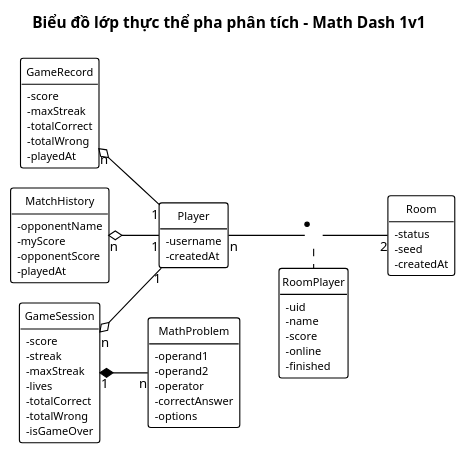
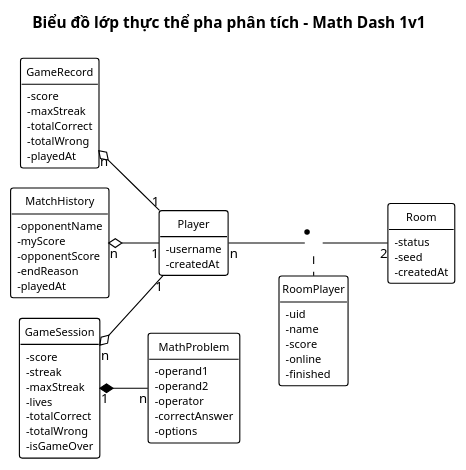
One commit to HungNguyenBa1811/math-dash changed the diagram in docs/chung/lop-thuc-the-phan-tich.puml. Above: the diagram before and after it, drawn with PlantUML. The commit also changed 2 other files, not shown here.

Commit message:
docs(M1-02): thêm thuộc tính endReason cho MatchHistory
Refs #23

```diff
--- a/docs/chung/lop-thuc-the-phan-tich.puml
+++ b/docs/chung/lop-thuc-the-phan-tich.puml
@@ -1,78 +1,79 @@
 @startuml lop-thuc-the-phan-tich
 !pragma layout smetana
 ' === VP Base Theme v2 ===
 skinparam defaultFontName "Segoe UI"
 skinparam defaultFontSize 12
 skinparam shadowing false
 skinparam arrowColor #000000
 skinparam lineColor #000000
 hide circle
 hide empty members
 skinparam classAttributeIconSize 0
 skinparam class {
   BackgroundColor #FFFFFF
   BorderColor #000000
   FontColor #000000
   FontSize 11
   AttributeFontSize 10
   BorderThickness 1
 }
 left to right direction
 title Biểu đồ lớp thực thể pha phân tích – Math Dash 1v1
 
 class Player {
   - username
   - createdAt
 }
 class MathProblem {
   - operand1
   - operand2
   - operator
   - correctAnswer
   - options
 }
 class GameSession {
   - score
   - streak
   - maxStreak
   - lives
   - totalCorrect
   - totalWrong
   - isGameOver
 }
 class GameRecord {
   - score
   - maxStreak
   - totalCorrect
   - totalWrong
   - playedAt
 }
 class Room {
   - status
   - seed
   - createdAt
 }
 class RoomPlayer {
   - uid
   - name
   - score
   - online
   - finished
 }
 class MatchHistory {
   - opponentName
   - myScore
   - opponentScore
+  - endReason
   - playedAt
 }
 
 ' Thông tin A nằm trong B: hình thoi đặt ở B
 GameSession "n" o-- "1" Player
 GameRecord "n" o-- "1" Player
 MatchHistory "n" o-- "1" Player
 GameSession "1" *-- "n" MathProblem
 
 ' Quan hệ n-n Người chơi – Phòng đấu (mỗi phòng tối đa 2 người), lớp liên kết RoomPlayer
 Player "n" -- "2" Room
 (Player, Room) .. RoomPlayer
 @enduml
```
